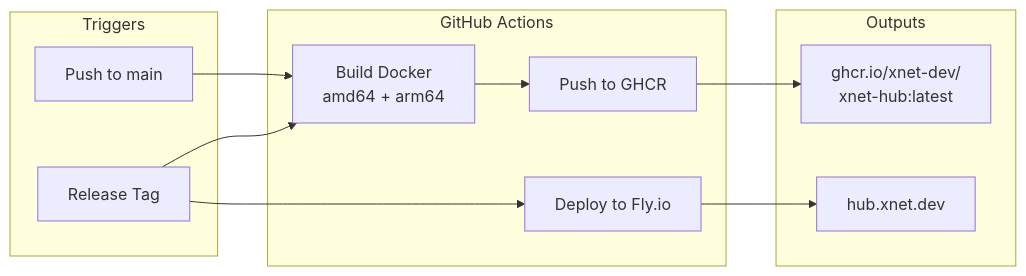
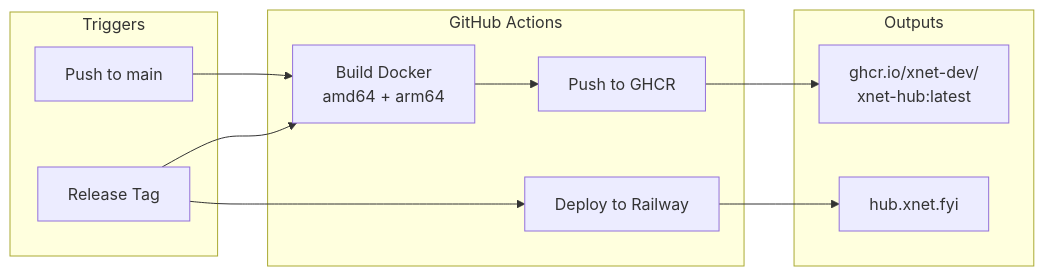
One commit to crs48/xNet changed the diagram in docs/planStep03_91OnboardingAndPolish/09-hub-cd.md. Above: the diagram before and after it, drawn with Mermaid. The commit also changed other lines of this file and 9 other files, not shown here.

First line of the commit message:
docs: update onboarding plan for passkey-first auth, Railway demo hub, and xnet.fyi domain

````diff
--- a/docs/planStep03_91OnboardingAndPolish/09-hub-cd.md
+++ b/docs/planStep03_91OnboardingAndPolish/09-hub-cd.md
@@ -12,25 +12,25 @@
 ```mermaid
 flowchart LR
     subgraph "Triggers"
         PUSH[Push to main]
         TAG[Release Tag]
     end
 
     subgraph "GitHub Actions"
         BUILD[Build Docker<br/>amd64 + arm64]
         PUSH_GHCR[Push to GHCR]
-        DEPLOY[Deploy to Fly.io]
+        DEPLOY[Deploy to Railway]
     end
 
     subgraph "Outputs"
         GHCR[ghcr.io/xnet-dev/<br/>xnet-hub:latest]
-        FLY[hub.xnet.dev]
+        RAILWAY[hub.xnet.fyi]
     end
 
     PUSH --> BUILD
     TAG --> BUILD
     BUILD --> PUSH_GHCR
     PUSH_GHCR --> GHCR
     TAG --> DEPLOY
-    DEPLOY --> FLY
+    DEPLOY --> RAILWAY
 ```
````
